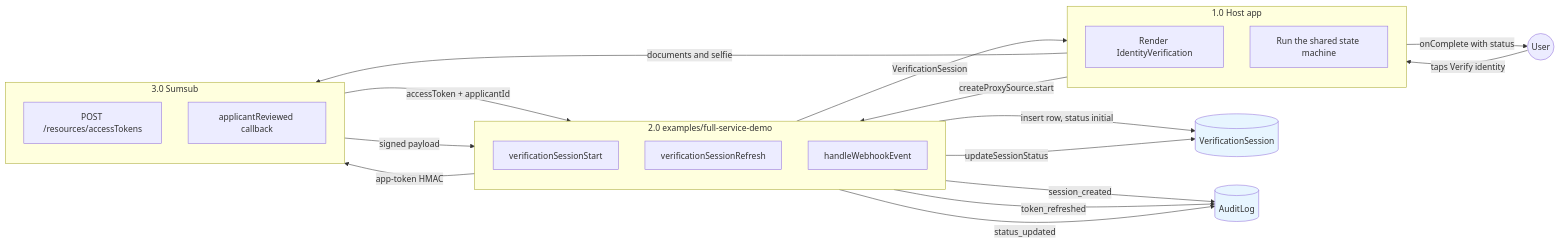
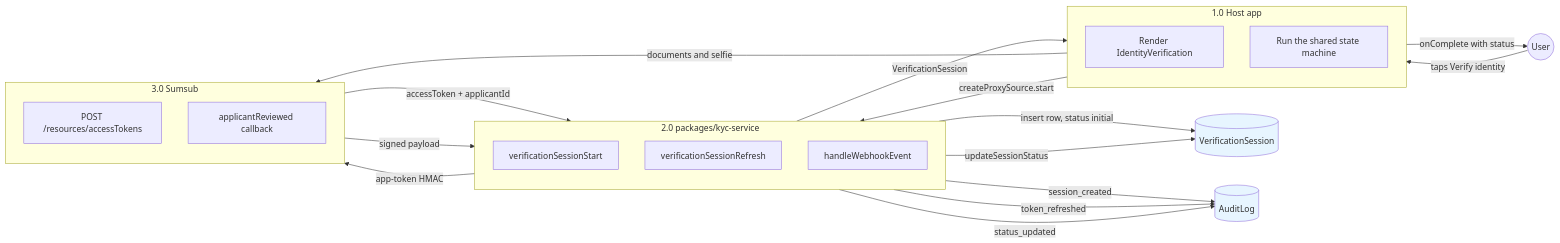
One commit to blinkbitcoin/kyc changed the diagram in docs/diagrams/src/data-flow-proxy.mmd. Above: the diagram before and after it, drawn with Mermaid. The commit also changed 273 other files, not shown here.

First line of the commit message:
feat(node)!: rename kyc-server to kyc-node and promote the service package (#9)

```diff
--- a/docs/diagrams/src/data-flow-proxy.mmd
+++ b/docs/diagrams/src/data-flow-proxy.mmd
@@ -1,41 +1,41 @@
 flowchart LR
     U((User))
 
     subgraph P1["1.0 Host app"]
         direction TB
         p1a[Render IdentityVerification]
         p1b[Run the shared state machine]
     end
 
-    subgraph P2["2.0 examples/full-service-demo"]
+    subgraph P2["2.0 packages/kyc-service"]
         direction TB
         p2a[verificationSessionStart]
         p2b[verificationSessionRefresh]
         p2c[handleWebhookEvent]
     end
 
     subgraph P3["3.0 Sumsub"]
         direction TB
         p3a[POST /resources/accessTokens]
         p3b[applicantReviewed callback]
     end
 
     D1[(VerificationSession)]
     D2[(AuditLog)]
 
     U -- "taps Verify identity" --> P1
     P1 -- "createProxySource.start" --> p2a
     p2a -- "app-token HMAC" --> p3a
     p3a -- "accessToken + applicantId" --> p2a
     p2a -- "insert row, status initial" --> D1
     p2a -- "session_created" --> D2
     p2a -- "VerificationSession" --> P1
     P1 -- "documents and selfie" --> P3
     p2b -- "token_refreshed" --> D2
     p3b -- "signed payload" --> p2c
     p2c -- "updateSessionStatus" --> D1
     p2c -- "status_updated" --> D2
     P1 -- "onComplete with status" --> U
 
     style D1 fill:#e7f5ff
     style D2 fill:#e7f5ff
```
